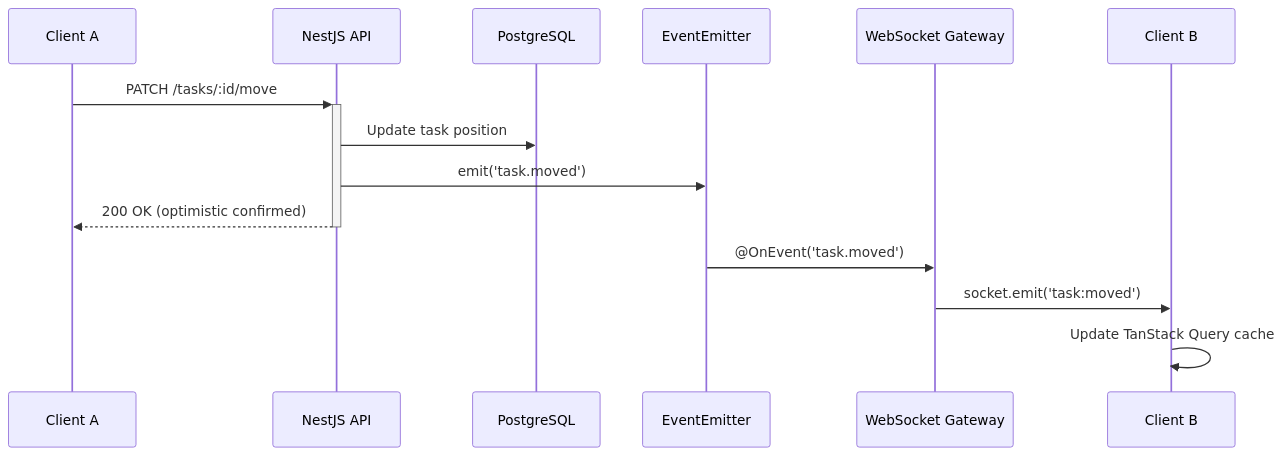
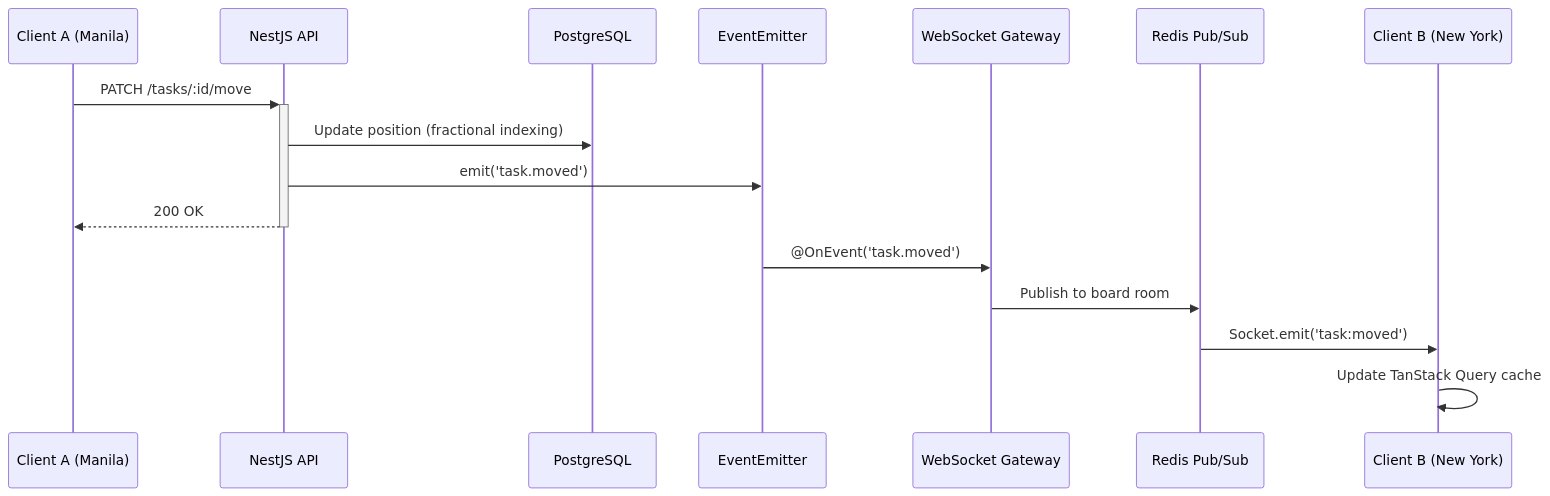
Before and after one commit to jeromejhipolito/flowboard: the first of 2 diagrams in README.md, drawn with Mermaid. The commit also changed other lines of this file, not shown here.

Commit message:
docs: rewrite README — system overview, architecture diagrams, full API map, test matrix

````diff
--- a/README.md
+++ b/README.md
@@ -112,17 +137,19 @@
 ```mermaid
 sequenceDiagram
-    participant A as Client A
+    participant A as Client A (Manila)
     participant API as NestJS API
     participant DB as PostgreSQL
     participant EE as EventEmitter
     participant GW as WebSocket Gateway
-    participant B as Client B
+    participant Redis as Redis Pub/Sub
+    participant B as Client B (New York)
 
     A->>+API: PATCH /tasks/:id/move
-    API->>DB: Update task position
+    API->>DB: Update position (fractional indexing)
     API->>EE: emit('task.moved')
-    API-->>-A: 200 OK (optimistic confirmed)
+    API-->>-A: 200 OK
     EE->>GW: @OnEvent('task.moved')
-    GW->>B: socket.emit('task:moved')
+    GW->>Redis: Publish to board room
+    Redis->>B: Socket.emit('task:moved')
     B->>B: Update TanStack Query cache
 ```
````
